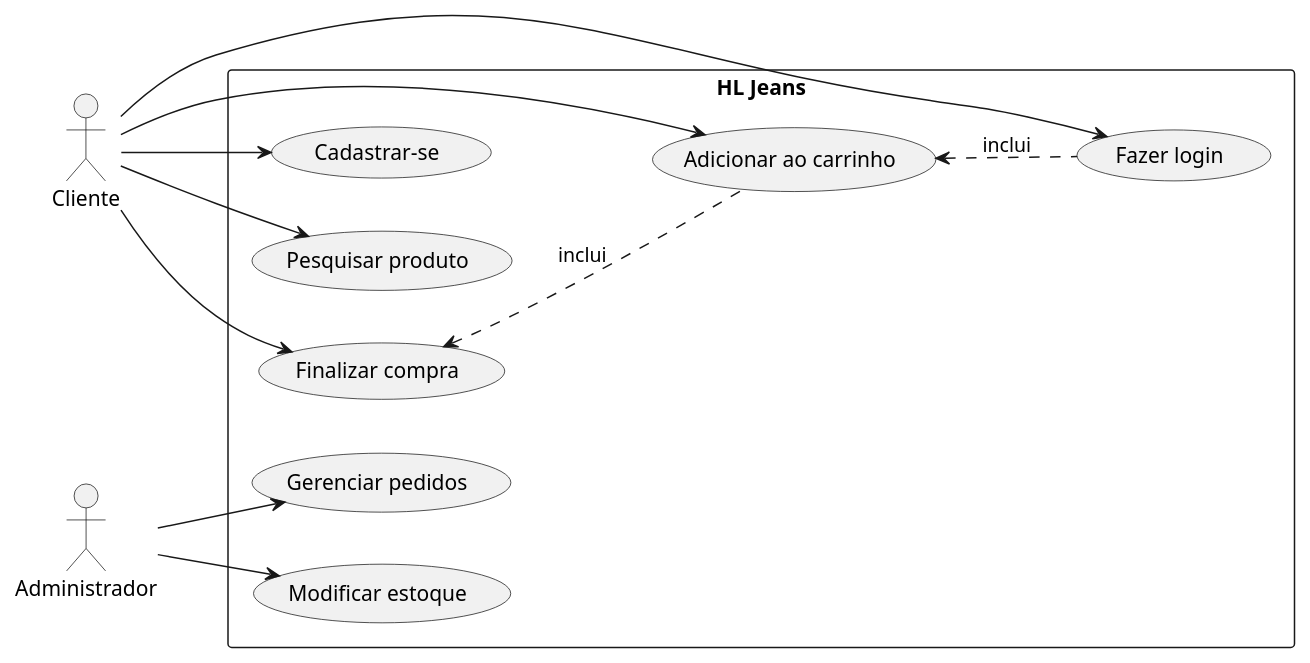
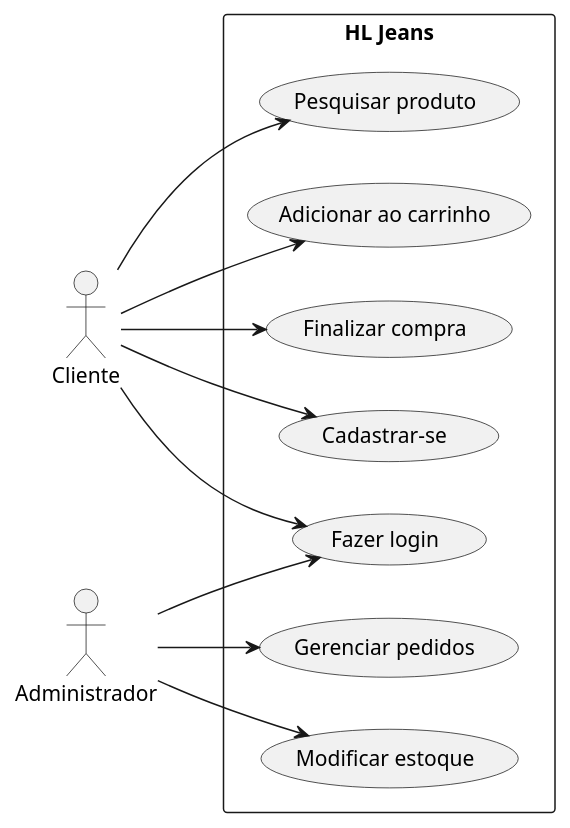
One commit to JHugoRodrigues/HL_Jeans changed the diagram in caso_de_uso.puml. Above: the diagram before and after it, drawn with PlantUML.

```diff
--- a/caso_de_uso.puml
+++ b/caso_de_uso.puml
@@ -1,29 +1,27 @@
 @startuml Sistema
 left to right direction
 skinparam packageStyle rectangle
 actor "Cliente" as Cliente
 actor "Administrador" as Admin
 
 rectangle "HL Jeans" {
     (Cadastrar-se) as Cadastrar
     (Fazer login) as Login
     (Pesquisar produto) as Pesquisa
     (Adicionar ao carrinho) as Carrinho
     (Finalizar compra) as Compra
     (Modificar estoque) as Modificar
     (Gerenciar pedidos) as Pedidos
 }
 
 Cliente --> Cadastrar
 Cliente --> Login
 Cliente --> Pesquisa
 Cliente --> Carrinho
 Cliente --> Compra
 
 Admin --> Modificar
 Admin --> Pedidos
-
-Compra <.. Carrinho : "inclui"
-Carrinho <.. Login : "inclui"
+Admin --> Login
 
 @enduml
```
